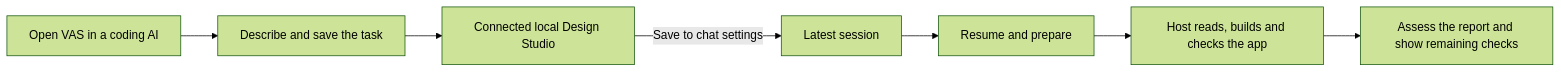
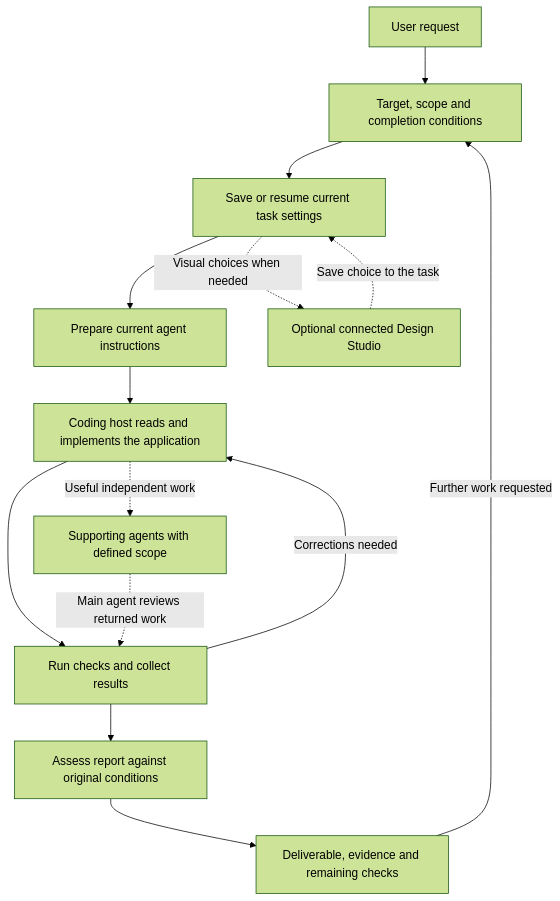
One commit to zmsqnfl-commits/quintpact-vas changed the diagram in README.md. Above: the diagram before and after it, drawn with Mermaid (forest theme). The commit also changed other lines of this file, not shown here.

Commit message:
docs: center VAS on connected agent implementation workflows

````diff
--- a/README.md
+++ b/README.md
@@ -22,9 +24,16 @@
 ```mermaid
-flowchart LR
-  A[Open VAS in a coding AI] --> B[Describe and save the task]
-  B --> C[Connected local Design Studio]
-  C -->|Save to chat settings| D[Latest session]
-  D --> E[Resume and prepare]
-  E --> F[Host reads, builds and checks the app]
-  F --> G[Assess the report and show remaining checks]
+flowchart TD
+  A[User request] --> B[Target, scope and completion conditions]
+  B --> C[Save or resume current task settings]
+  C --> D[Prepare current agent instructions]
+  D --> E[Coding host reads and implements the application]
+  E --> F[Run checks and collect results]
+  F -->|Corrections needed| E
+  F --> G[Assess report against original conditions]
+  G --> H[Deliverable, evidence and remaining checks]
+  H -->|Further work requested| B
+  E -. Useful independent work .-> R[Supporting agents with defined scope]
+  R -. Main agent reviews returned work .-> F
+  C -. Visual choices when needed .-> V[Optional connected Design Studio]
+  V -. Save choice to the task .-> C
 ```
````
